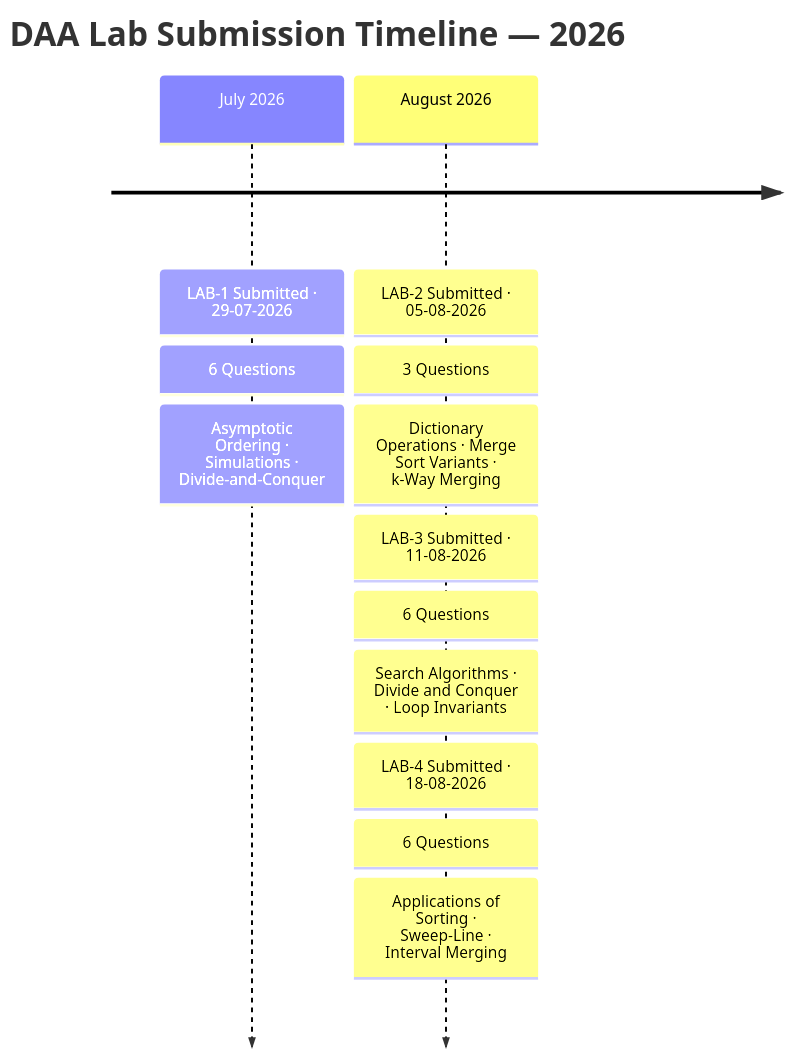
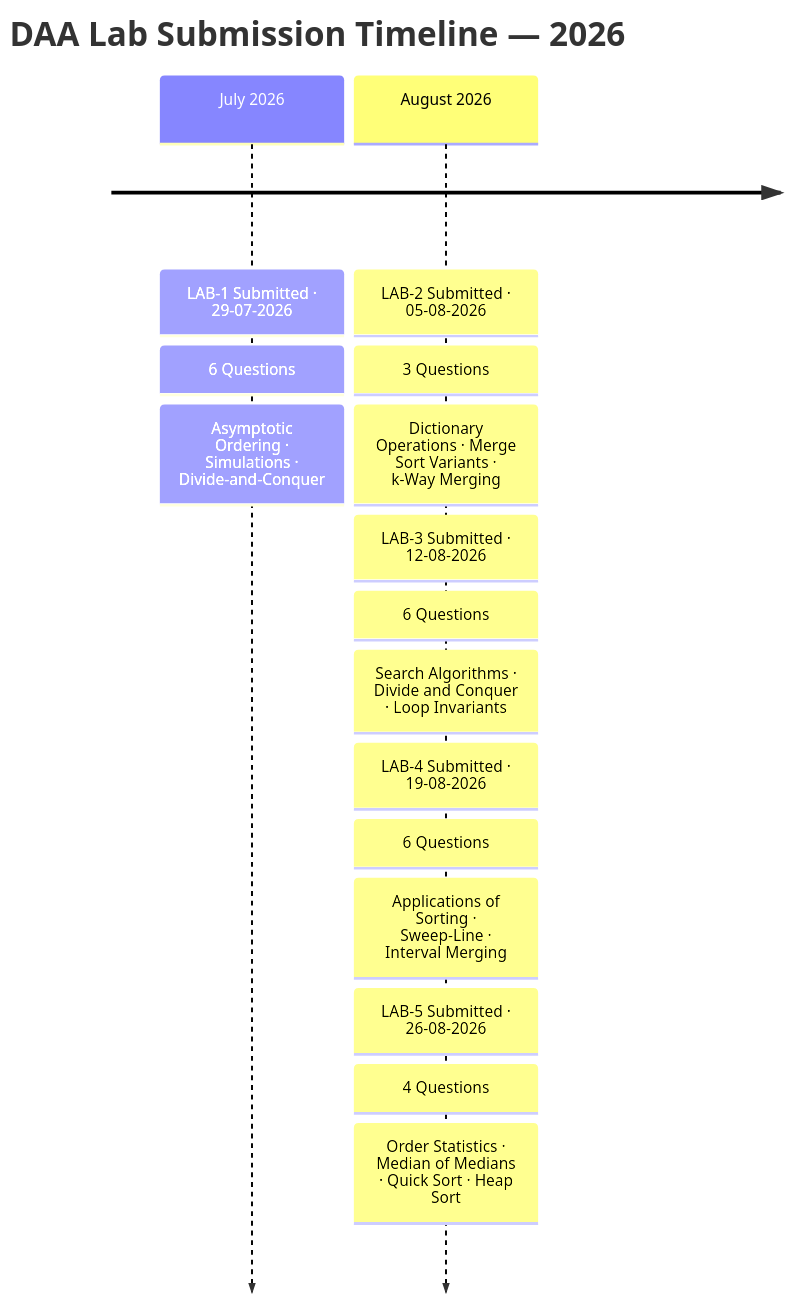
The first of 10 diagrams in README.md (Asit-Kumar-Mohapatra/Design-and-Analysis-of-Algorithm-DAA-Assignments-2026), drawn with Mermaid before and after one commit. The commit also changed other lines of this file, not shown here.

````diff
--- a/README.md
+++ b/README.md
@@ -97,16 +102,19 @@
 ```mermaid
 timeline
     title  DAA Lab Submission Timeline — 2026
     July 2026   : LAB-1 Submitted  ·  29-07-2026
                 : 6 Questions
                 : Asymptotic Ordering · Simulations · Divide-and-Conquer
     August 2026 : LAB-2 Submitted  ·  05-08-2026
                 : 3 Questions
                 : Dictionary Operations · Merge Sort Variants · k-Way Merging
-                : LAB-3 Submitted  ·  11-08-2026
+                : LAB-3 Submitted  ·  12-08-2026
                 : 6 Questions
                 : Search Algorithms · Divide and Conquer · Loop Invariants
-                : LAB-4 Submitted  ·  18-08-2026
+                : LAB-4 Submitted  ·  19-08-2026
                 : 6 Questions
                 : Applications of Sorting · Sweep-Line · Interval Merging
+                : LAB-5 Submitted  ·  26-08-2026
+                : 4 Questions
+                : Order Statistics · Median of Medians · Quick Sort · Heap Sort
 ```
````
